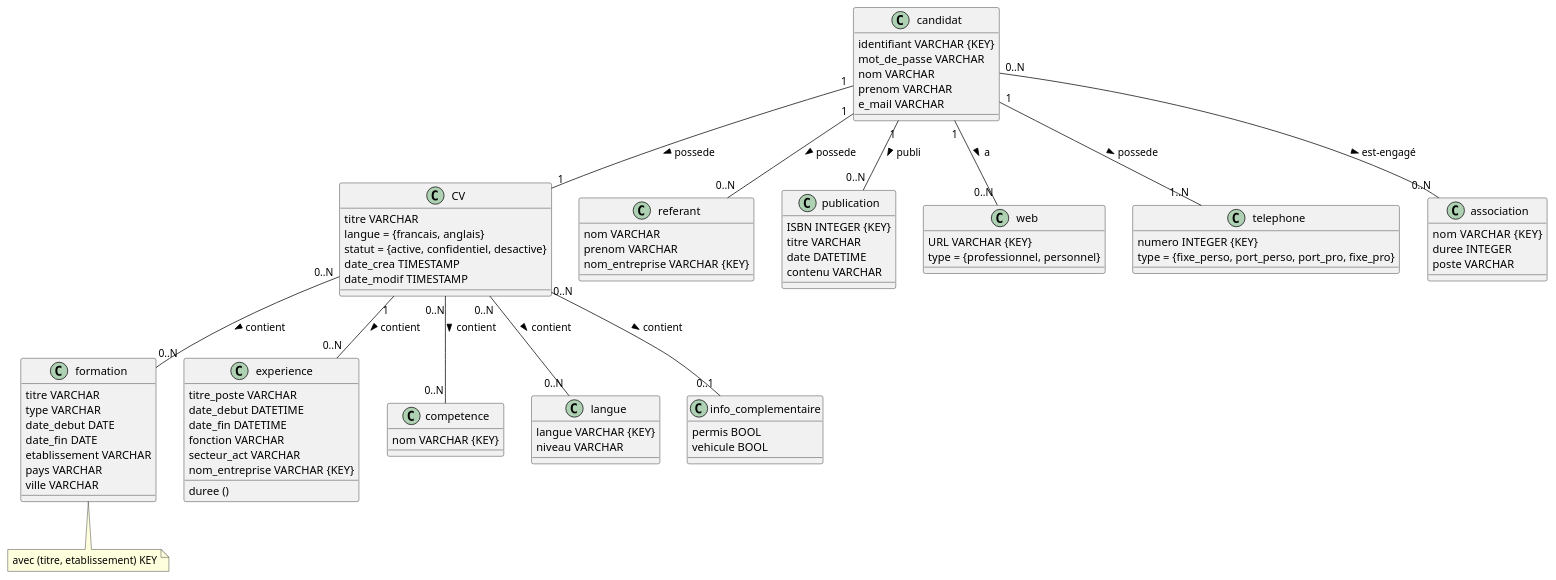
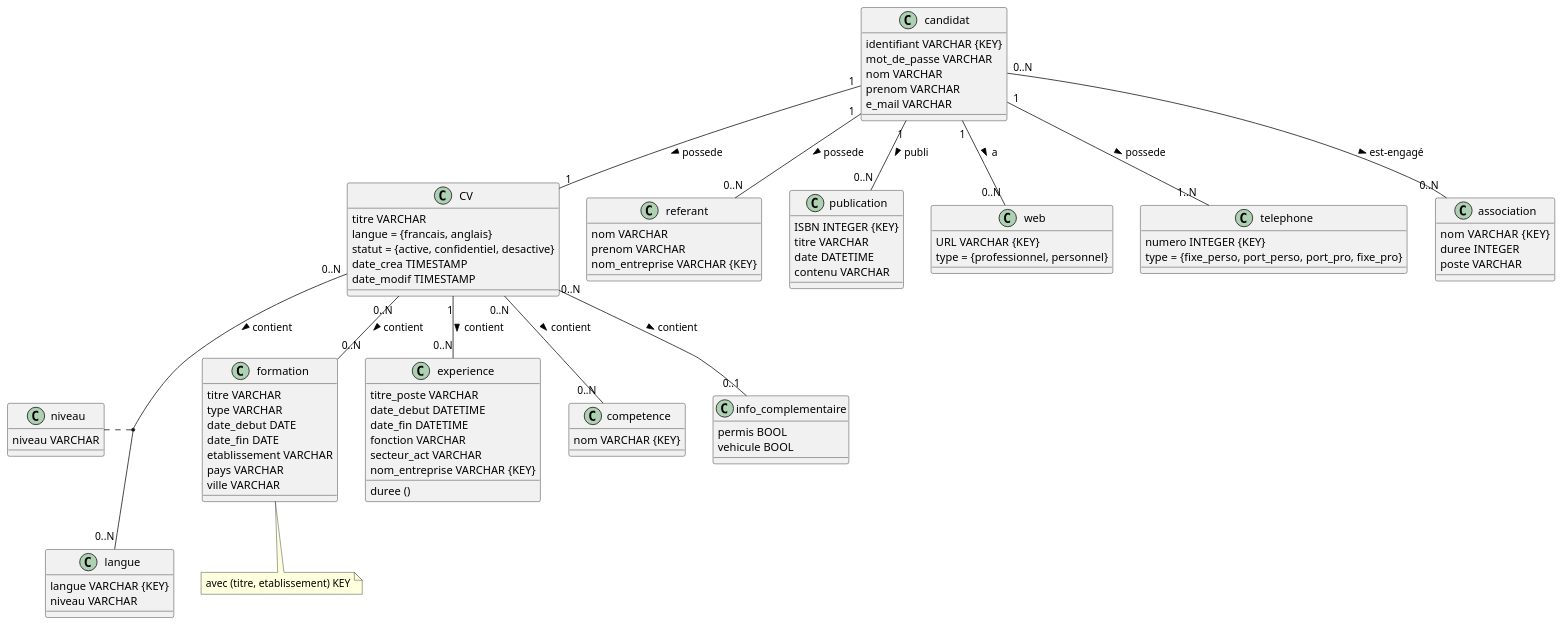
One commit to louisepght/database_CVtheque changed the diagram in UML.plantUML. Above: the diagram before and after it, drawn with PlantUML.

```diff
--- a/UML.plantUML
+++ b/UML.plantUML
@@ -1,108 +1,115 @@
 @startuml
 
 CV "0..N" -- "0..N" formation : contient >
 
 CV "1" -- "0..N" experience : contient >
 
 CV "0..N" -- "0..N" competence : contient >
 
 CV "0..N" -- "0..N" langue : contient >
 
 CV "0..N" -- "0..1" info_complementaire : contient >
 
 candidat "1" -- "1" CV : possede >
 
 candidat "1"-- "0..N" referant : possede >
 
 candidat "1" -- "0..N" publication : publi >
 
 candidat "1" -- "0..N" web : a > 
 
 candidat "1" -- "1..N" telephone : possede >
 
 candidat "0..N" -- "0..N" association : est-engagé >
 
+niveau .. (CV, langue)
+
+class niveau {
+    niveau VARCHAR
+}
+
 class CV {
   titre VARCHAR 
   langue = {francais, anglais}
   statut = {active, confidentiel, desactive}
   date_crea TIMESTAMP
   date_modif TIMESTAMP
 }
 
 class formation { 
   titre VARCHAR 
   type VARCHAR 
   date_debut DATE
   date_fin DATE
   etablissement VARCHAR 
   pays VARCHAR
   ville VARCHAR
 }
+
 class formation
 note bottom: avec (titre, etablissement) KEY
 
 class experience{
     titre_poste VARCHAR 
     date_debut DATETIME 
     date_fin DATETIME 
     fonction VARCHAR 
     secteur_act VARCHAR 
     nom_entreprise VARCHAR {KEY} 
     duree ()
 }
 
 class competence{
     nom VARCHAR {KEY}
 }
 
 class langue{
     langue VARCHAR {KEY}
     niveau VARCHAR
 }
 
 class info_complementaire{
     permis BOOL
     vehicule BOOL
 }
 
 class candidat{
     identifiant VARCHAR {KEY}
     mot_de_passe VARCHAR 
     nom VARCHAR
     prenom VARCHAR
     e_mail VARCHAR
 }
 
 class referant{
     nom VARCHAR
     prenom VARCHAR
     nom_entreprise VARCHAR {KEY}
 }
 
 class publication{
     ISBN INTEGER {KEY}
     titre VARCHAR 
     date DATETIME 
     contenu VARCHAR 
 }
 
 class web {
     URL VARCHAR {KEY}
     type = {professionnel, personnel}
 }
 
 class telephone {
     numero INTEGER {KEY}
     type = {fixe_perso, port_perso, port_pro, fixe_pro}
 }
 
 class association{
     nom VARCHAR  {KEY}
     duree INTEGER 
     poste VARCHAR
 }
 
 
 
 @enduml
```
